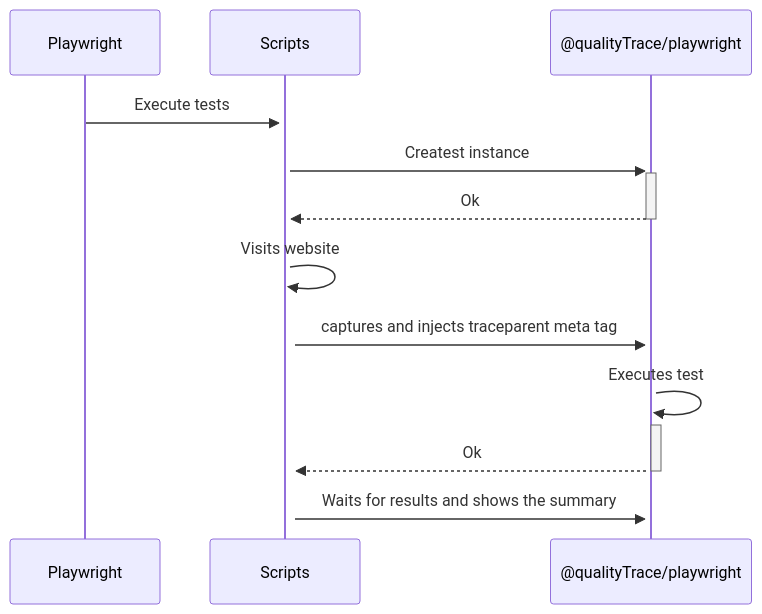
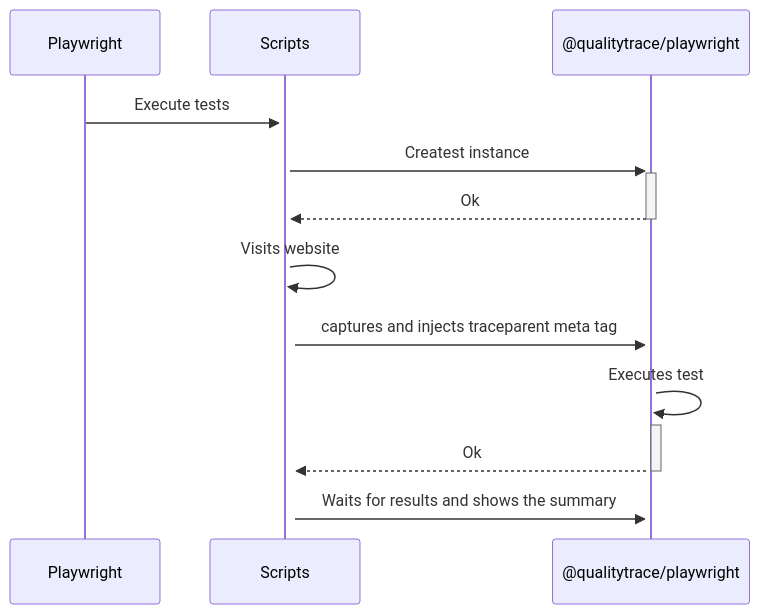
The diagram in docs/docs/tools-and-integrations/playwright.mdx (intelops/qualitytrace), drawn with Mermaid before and after one commit. The commit also changed other lines of this file and 810 other files, not shown here.

Commit message:
fix: name change from qualityTrace to qualitytrace

````diff
--- a/docs/docs/tools-and-integrations/playwright.mdx
+++ b/docs/docs/tools-and-integrations/playwright.mdx
@@ -37,11 +37,11 @@
 ```mermaid
 sequenceDiagram
   Playwright->>+Scripts: Execute tests
-  Scripts->>+@qualityTrace/playwright: Createst instance
-  @qualityTrace/playwright-->>-Scripts: Ok
+  Scripts->>+@qualitytrace/playwright: Createst instance
+  @qualitytrace/playwright-->>-Scripts: Ok
   Scripts->>+Scripts: Visits website
-  Scripts->>+@qualityTrace/playwright: captures and injects traceparent meta tag
-  @qualityTrace/playwright->>+@qualityTrace/playwright: Executes test
-  @qualityTrace/playwright-->>-Scripts: Ok
-  Scripts->>@qualityTrace/playwright: Waits for results and shows the summary
+  Scripts->>+@qualitytrace/playwright: captures and injects traceparent meta tag
+  @qualitytrace/playwright->>+@qualitytrace/playwright: Executes test
+  @qualitytrace/playwright-->>-Scripts: Ok
+  Scripts->>@qualitytrace/playwright: Waits for results and shows the summary
 ```
````
